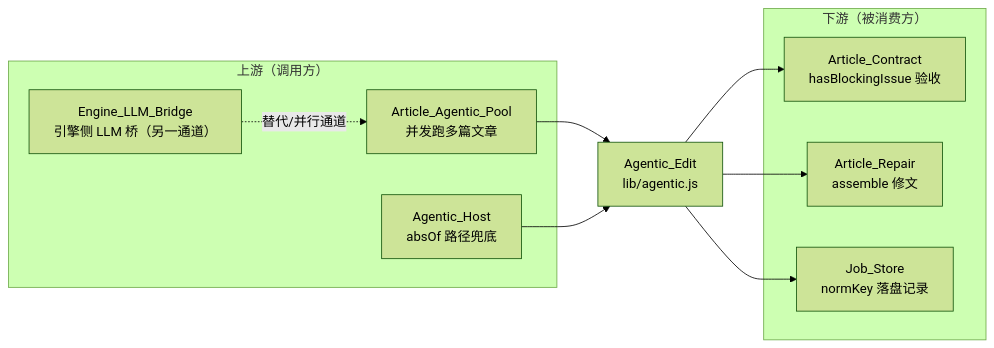
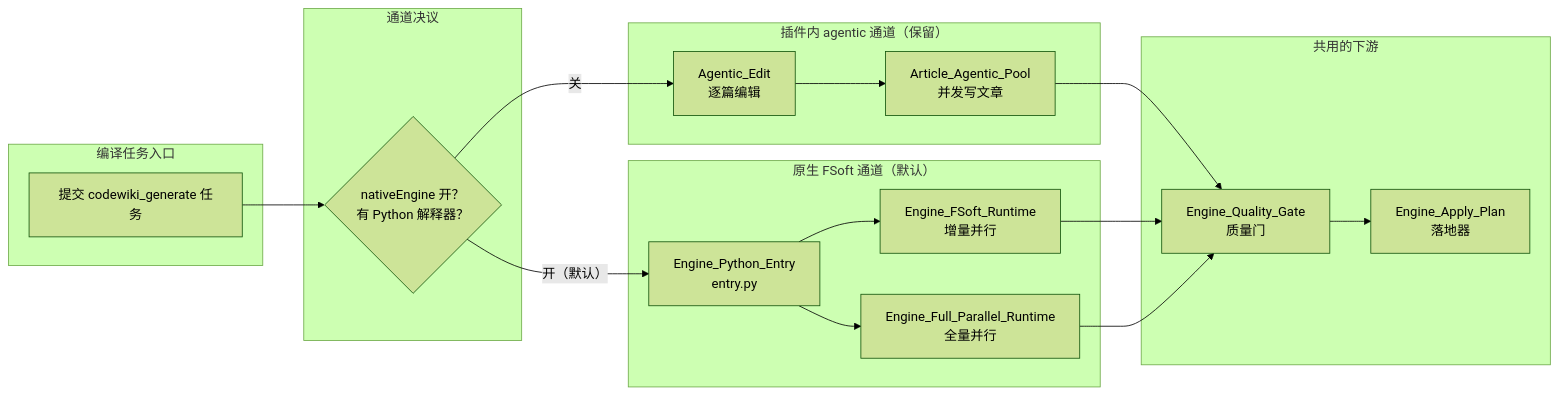
One commit to ikliml666/dsh-codewiki changed the third of 3 diagrams in .codewiki/_techdocs/docs/Agentic_Edit.md. Above: the diagram before and after it, drawn with Mermaid (forest theme). The commit also changed other lines of this file and 70 other files, not shown here.

````diff
--- a/.codewiki/_techdocs/docs/Agentic_Edit.md
+++ b/.codewiki/_techdocs/docs/Agentic_Edit.md
@@ -152,23 +140,37 @@
 ```mermaid
 flowchart LR
-    subgraph Upstream["上游（调用方）"]
-        POOL["Article_Agentic_Pool<br/>并发跑多篇文章"]
-        HOST["Agentic_Host<br/>absOf 路径兜底"]
-        ENGINE["Engine_LLM_Bridge<br/>引擎侧 LLM 桥（另一通道）"]
+    subgraph 编译任务入口
+        SUBMIT["提交 codewiki_generate 任务"]
     end
 
-    AGENTIC["Agentic_Edit<br/>lib/agentic.js"]
-
-    subgraph Downstream["下游（被消费方）"]
-        CONTRACT["Article_Contract<br/>hasBlockingIssue 验收"]
-        REPAIR["Article_Repair<br/>assemble 修文"]
-        STORE["Job_Store<br/>normKey 落盘记录"]
+    subgraph 通道决议
+        RESOLVE{"nativeEngine 开？<br/>有 Python 解释器？"}
     end
 
-    POOL --> AGENTIC
-    HOST --> AGENTIC
-    AGENTIC --> CONTRACT
-    AGENTIC --> REPAIR
-    AGENTIC --> STORE
-    ENGINE -. 替代/并行通道 .-> POOL
+    subgraph AGENTIC_CH["插件内 agentic 通道（保留）"]
+        AE["Agentic_Edit<br/>逐篇编辑"]
+        POOL2["Article_Agentic_Pool<br/>并发写文章"]
+    end
+
+    subgraph NATIVE_CH["原生 FSoft 通道（默认）"]
+        PY["Engine_Python_Entry<br/>entry.py"]
+        FR["Engine_FSoft_Runtime<br/>增量并行"]
+        FP["Engine_Full_Parallel_Runtime<br/>全量并行"]
+    end
+
+    subgraph DOWNSTREAM["共用的下游"]
+        GATE["Engine_Quality_Gate<br/>质量门"]
+        APPLY["Engine_Apply_Plan<br/>落地器"]
+    end
+
+    SUBMIT --> RESOLVE
+    RESOLVE -->|"关"| AE
+    RESOLVE -->|"开（默认）"| PY
+    AE --> POOL2
+    POOL2 --> GATE
+    PY --> FR
+    PY --> FP
+    FR --> GATE
+    FP --> GATE
+    GATE --> APPLY
 ```
````
